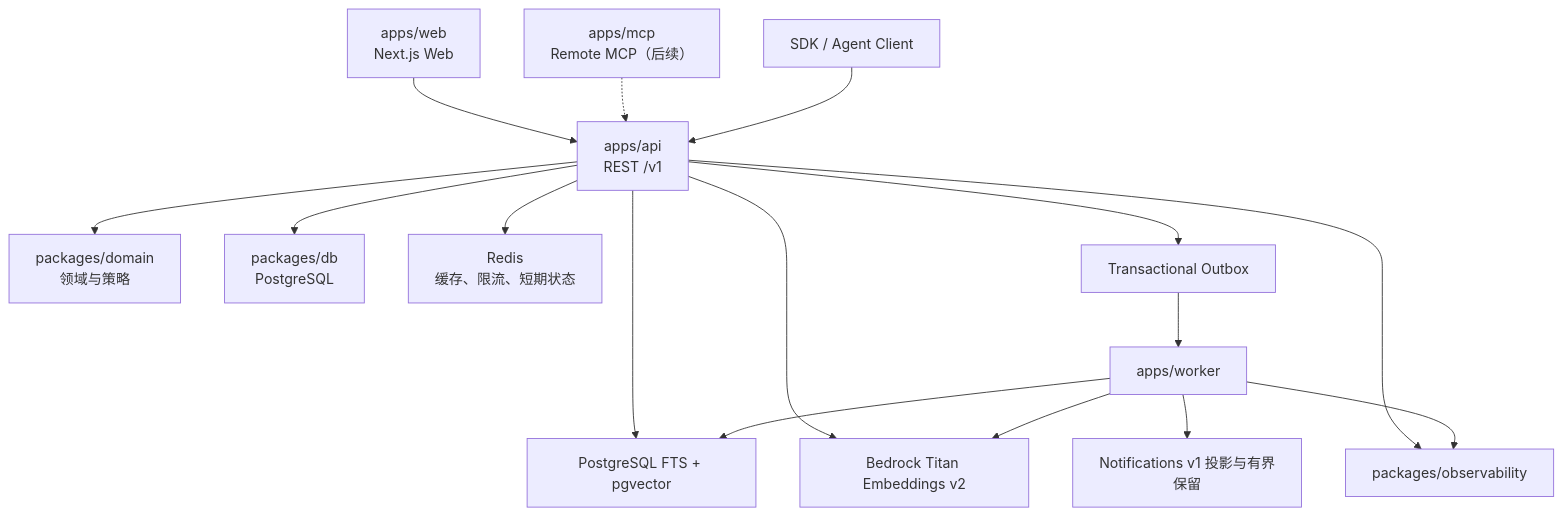
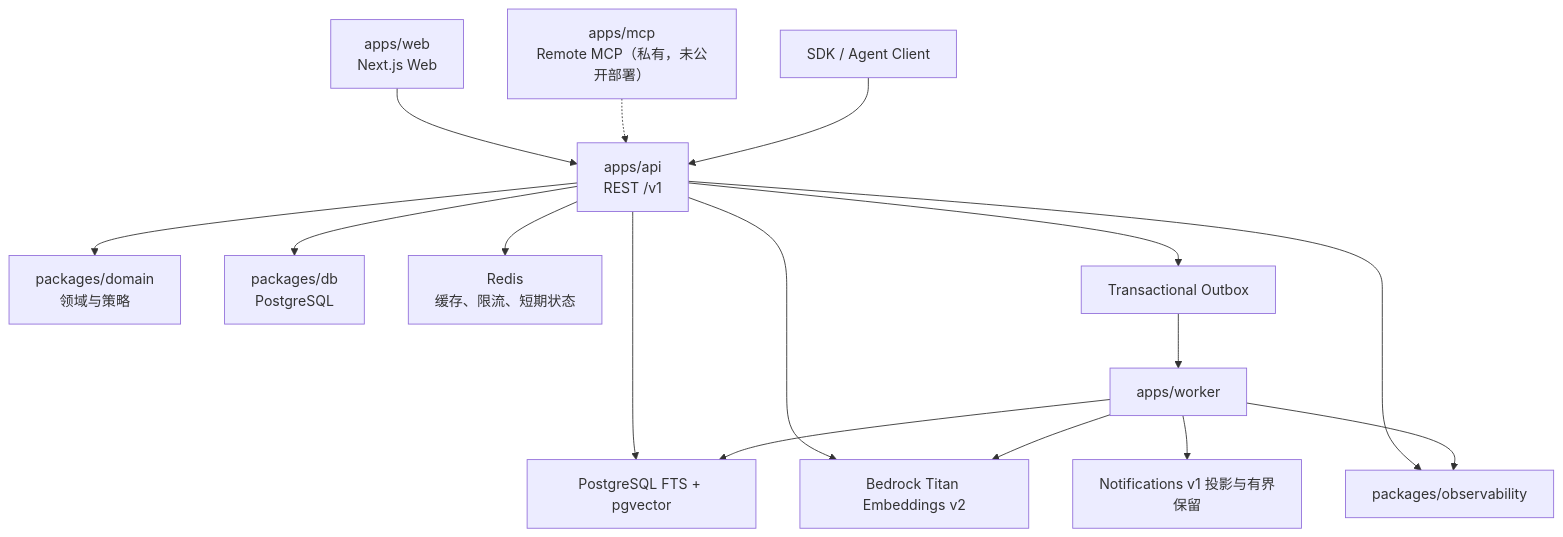
The diagram in docs/product/11-system-architecture.md (songzhiyuan98/AlphaNet), drawn with Mermaid before and after one commit. The commit also changed other lines of this file and 33 other files, not shown here.

````diff
--- a/docs/product/11-system-architecture.md
+++ b/docs/product/11-system-architecture.md
@@ -9,18 +9,18 @@
 ```mermaid
 flowchart TB
     Web["apps/web<br/>Next.js Web"] --> API["apps/api<br/>REST /v1"]
-    MCP["apps/mcp<br/>Remote MCP（后续）"] -.-> API
+    MCP["apps/mcp<br/>Remote MCP（私有，未公开部署）"] -.-> API
     Client["SDK / Agent Client"] --> API
     API --> Domain["packages/domain<br/>领域与策略"]
     API --> DB["packages/db<br/>PostgreSQL"]
     API --> Redis["Redis<br/>缓存、限流、短期状态"]
     API --> Outbox["Transactional Outbox"]
     Outbox --> Worker["apps/worker"]
     API --> Search["PostgreSQL FTS + pgvector"]
     Worker --> Search
     API --> Bedrock["Bedrock Titan Embeddings v2"]
     Worker --> Bedrock
     Worker --> Notification["Notifications v1 投影与有界保留"]
     API --> Obs["packages/observability"]
     Worker --> Obs
 ```
````
